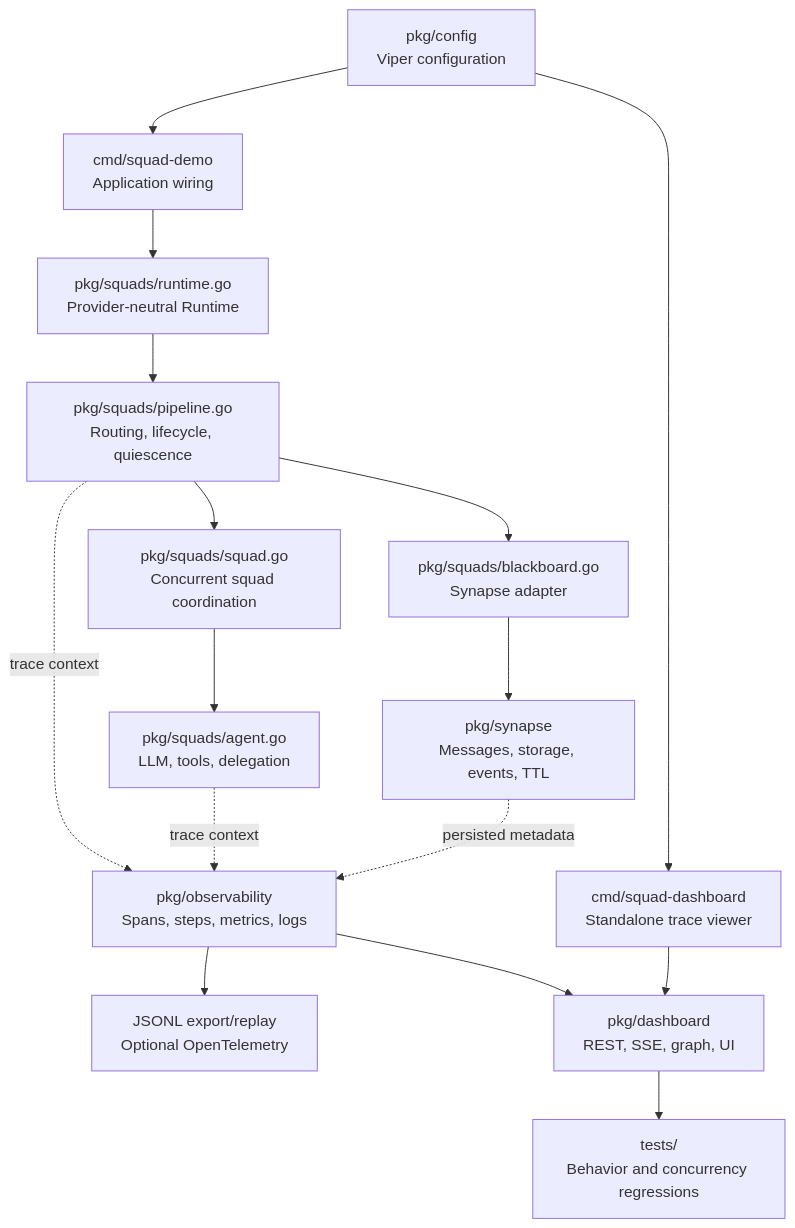
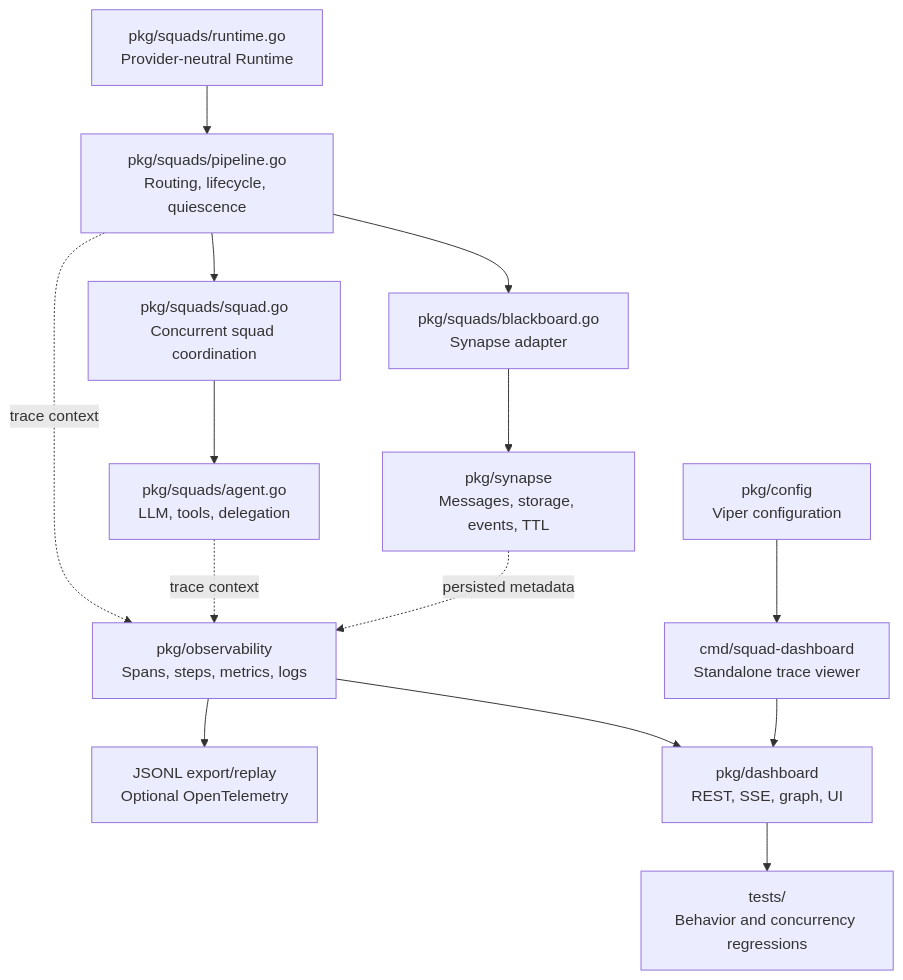
The second of 2 diagrams in README.md (AlejandroFerp/GoAgentSquad), drawn with Mermaid before and after one commit. The commit also changed other lines of this file and 14 other files, not shown here.

````diff
--- a/README.md
+++ b/README.md
@@ -59,18 +58,16 @@
 ```mermaid
 flowchart TB
-	Config["pkg/config\nViper configuration"] --> Demo["cmd/squad-demo\nApplication wiring"]
-	Config --> Standalone["cmd/squad-dashboard\nStandalone trace viewer"]
-	Demo --> Runtime["pkg/squads/runtime.go\nProvider-neutral Runtime"]
-	Runtime --> Pipeline["pkg/squads/pipeline.go\nRouting, lifecycle, quiescence"]
+	Config["pkg/config\nViper configuration"] --> Standalone["cmd/squad-dashboard\nStandalone trace viewer"]
+	Runtime["pkg/squads/runtime.go\nProvider-neutral Runtime"] --> Pipeline["pkg/squads/pipeline.go\nRouting, lifecycle, quiescence"]
 	Pipeline --> Squad["pkg/squads/squad.go\nConcurrent squad coordination"]
 	Squad --> Agent["pkg/squads/agent.go\nLLM, tools, delegation"]
 	Pipeline --> Blackboard["pkg/squads/blackboard.go\nSynapse adapter"]
 	Blackboard --> Synapse["pkg/synapse\nMessages, storage, events, TTL"]
 	Pipeline -. trace context .-> Observability["pkg/observability\nSpans, steps, metrics, logs"]
 	Agent -. trace context .-> Observability
 	Synapse -. persisted metadata .-> Observability
 	Observability --> Export["JSONL export/replay\nOptional OpenTelemetry"]
 	Observability --> Dashboard["pkg/dashboard\nREST, SSE, graph, UI"]
 	Standalone --> Dashboard
 	Dashboard --> Tests["tests/\nBehavior and concurrency regressions"]
 ```
````
